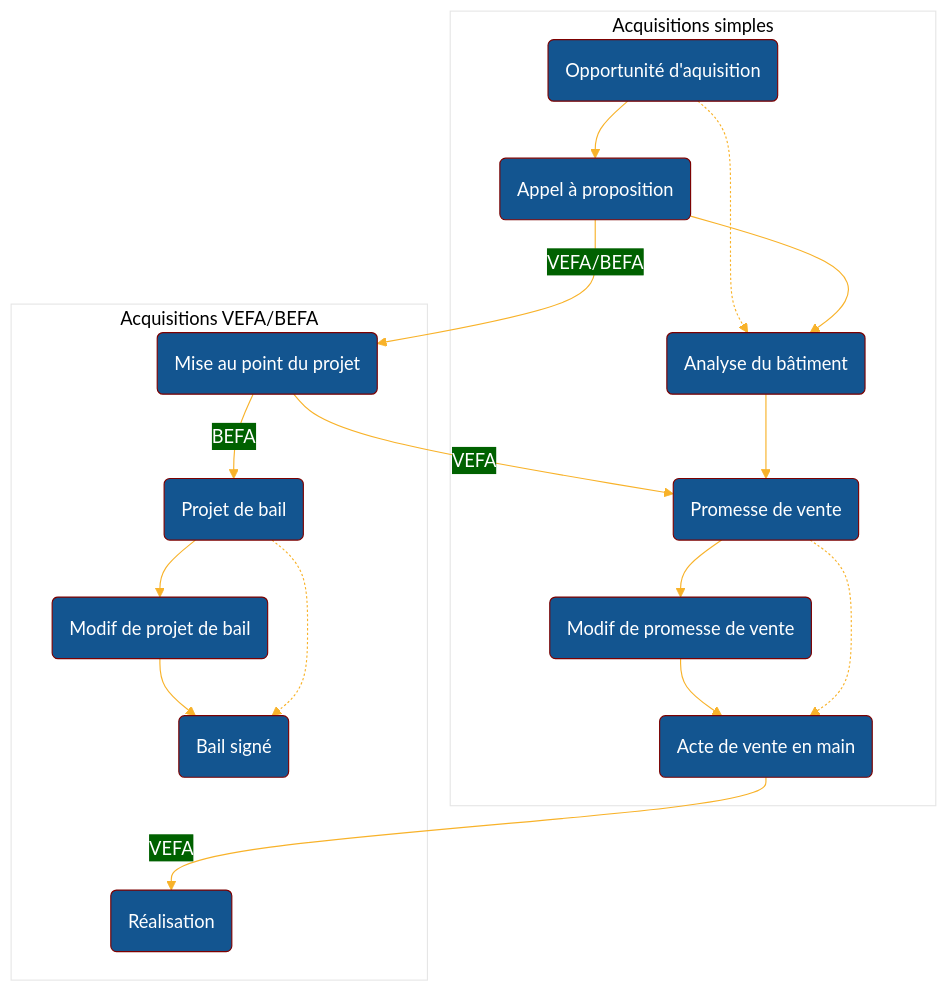
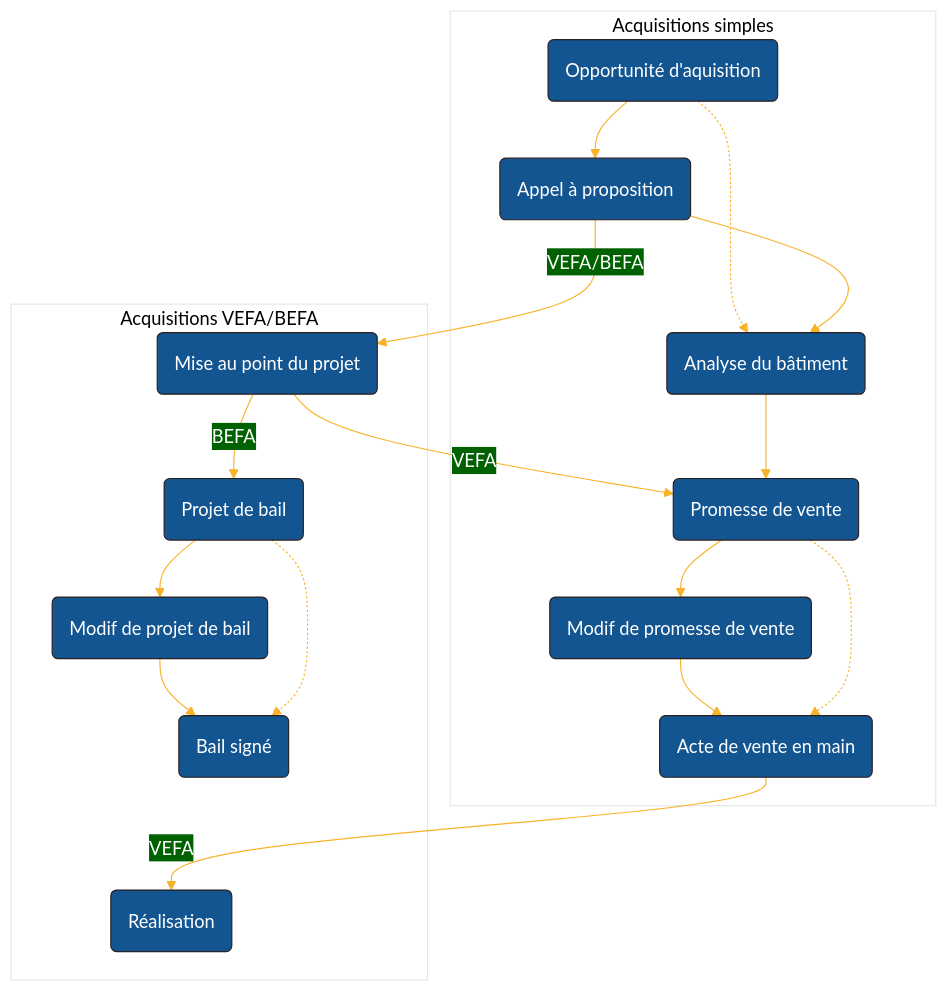
Before and after one commit to jonas18121/help: the second of 3 diagrams in Markdown/doc/doc.md, drawn with Mermaid.

Commit message:
update markdown

````diff
--- a/Markdown/doc/doc.md
+++ b/Markdown/doc/doc.md
@@ -81,36 +81,36 @@
 ```mermaid {theme: 'dark', scale: 0.8}
 %%{
   init: {
     'theme': 'base',
     'themeVariables': {
       'primaryColor': '#135590',
       'primaryTextColor': '#fff',
-      'primaryBorderColor': '#7C0000',
+      'primaryBorderColor': '#2c1f1f',
       'lineColor': '#F8B229',
       'secondaryColor': '#006100',
       'tertiaryColor': '#fff'
     }
   }
 }%%
 
 graph TB
     subgraph "Acquisitions simples"
     O1("Opportunité d'aquisition") --> A1("Appel à proposition")
     O1  -.-> A2("Analyse du bâtiment")
     A1 --> A2
     A2 --> P1("Promesse de vente")
     P1 --> M1("Modif de promesse de vente")
     M1 --> A3("Acte de vente en main")
     P1 -.-> A3
     end
 
     subgraph "Acquisitions VEFA/BEFA"
     A1 -- VEFA/BEFA --> M2("Mise au point du projet")
     M2 -- VEFA --> P1
     M2 -- BEFA --> P2("Projet de bail")
     P2 --> M3("Modif de projet de bail")
     M3 --> B1("Bail signé")
     P2 -.-> B1
     A3 -- VEFA --> R1("Réalisation")
     end
 ```
````
